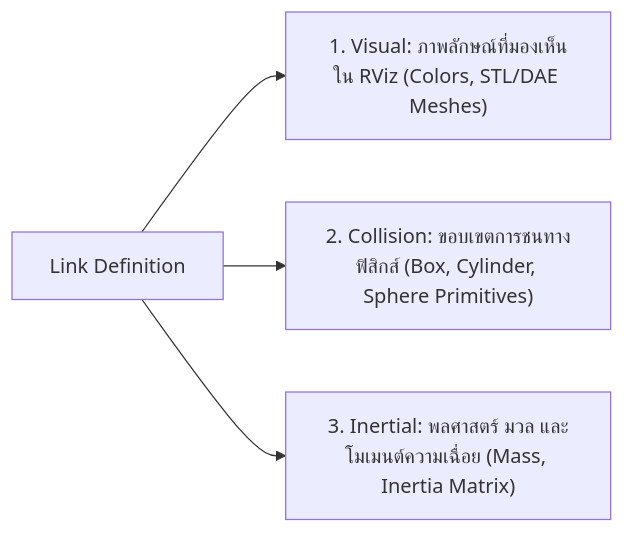
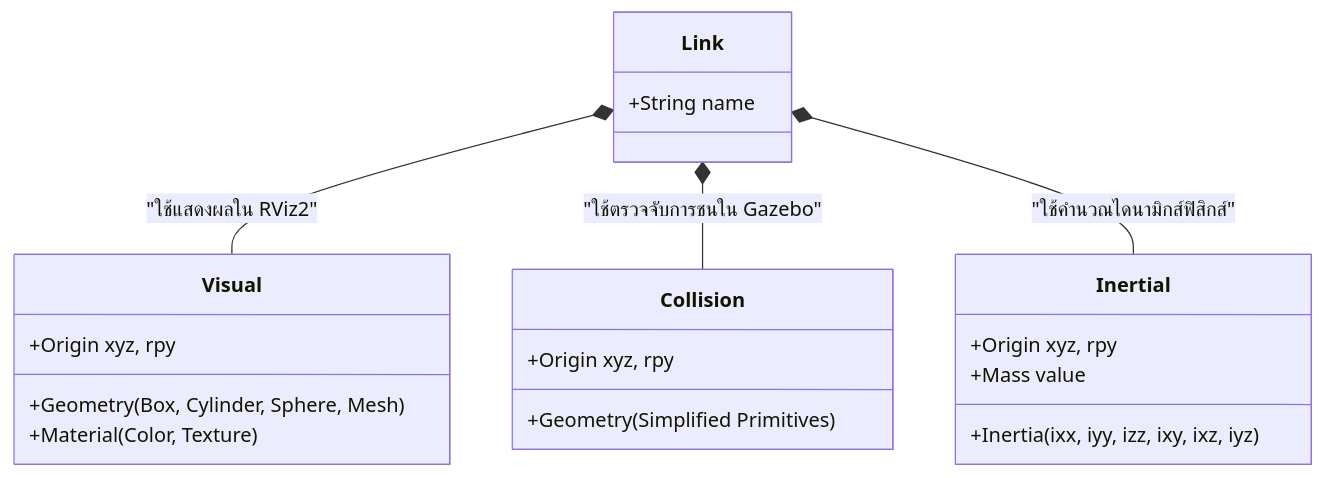
The second of 3 diagrams in Essential_ROS/Week_07_URDF_Robot_Modeling/Readme.md (alfaXphoori/ros2), drawn with Mermaid before and after one commit. The commit also changed other lines of this file and 15 other files, not shown here.

````diff
--- a/Essential_ROS/Week_07_URDF_Robot_Modeling/Readme.md
+++ b/Essential_ROS/Week_07_URDF_Robot_Modeling/Readme.md
@@ -65,11 +74,24 @@
 ```mermaid
-flowchart LR
-    Link["Link Definition"]
-    Visual["1. Visual: ภาพลักษณ์ที่มองเห็นใน RViz (Colors, STL/DAE Meshes)"]
-    Collision["2. Collision: ขอบเขตการชนทางฟิสิกส์ (Box, Cylinder, Sphere Primitives)"]
-    Inertial["3. Inertial: พลศาสตร์ มวล และโมเมนต์ความเฉื่อย (Mass, Inertia Matrix)"]
+classDiagram
+    class Link {
+        +String name
+    }
+    class Visual {
+        +Origin xyz, rpy
+        +Geometry (Box, Cylinder, Sphere, Mesh)
+        +Material (Color, Texture)
+    }
+    class Collision {
+        +Origin xyz, rpy
+        +Geometry (Simplified Primitives)
+    }
+    class Inertial {
+        +Origin xyz, rpy
+        +Mass value
+        +Inertia (ixx, iyy, izz, ixy, ixz, iyz)
+    }
 
-    Link --> Visual
-    Link --> Collision
-    Link --> Inertial
+    Link *-- Visual : "ใช้แสดงผลใน RViz2"
+    Link *-- Collision : "ใช้ตรวจจับการชนใน Gazebo"
+    Link *-- Inertial : "ใช้คำนวณไดนามิกส์ฟิสิกส์"
 ```
````
